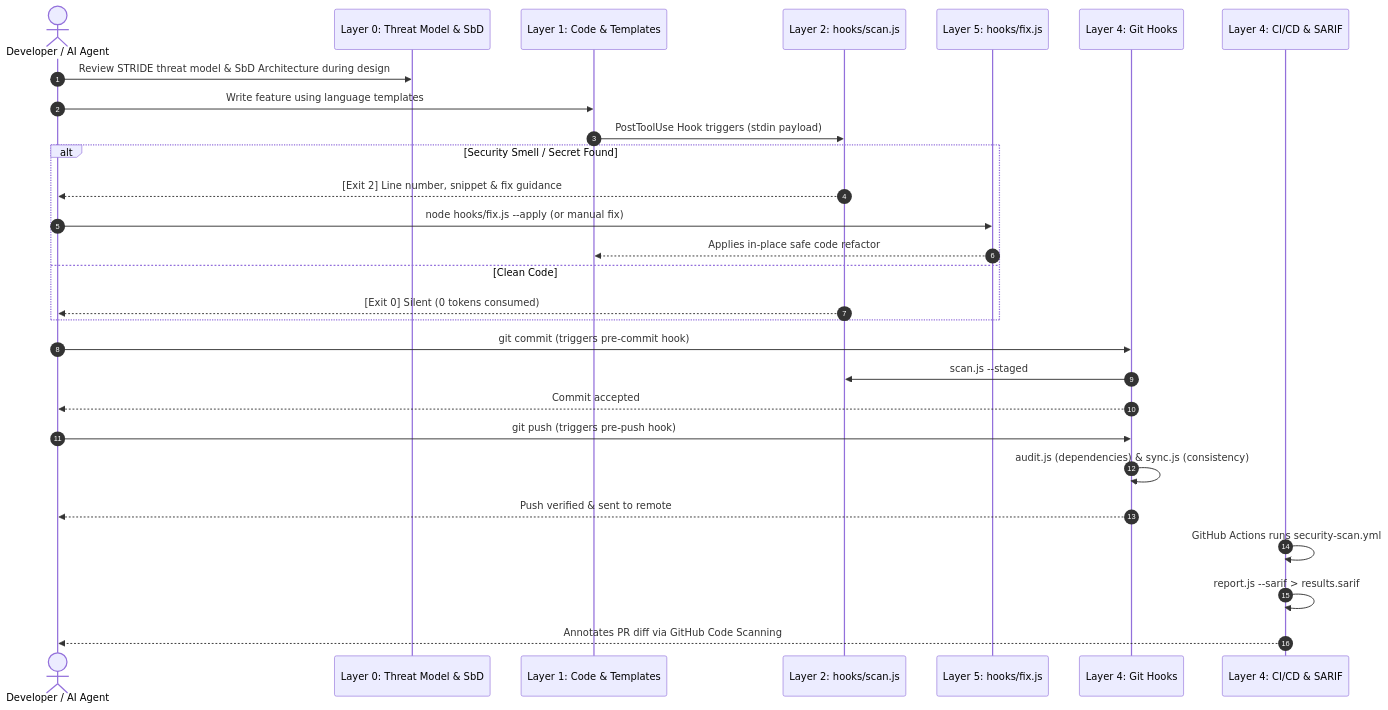
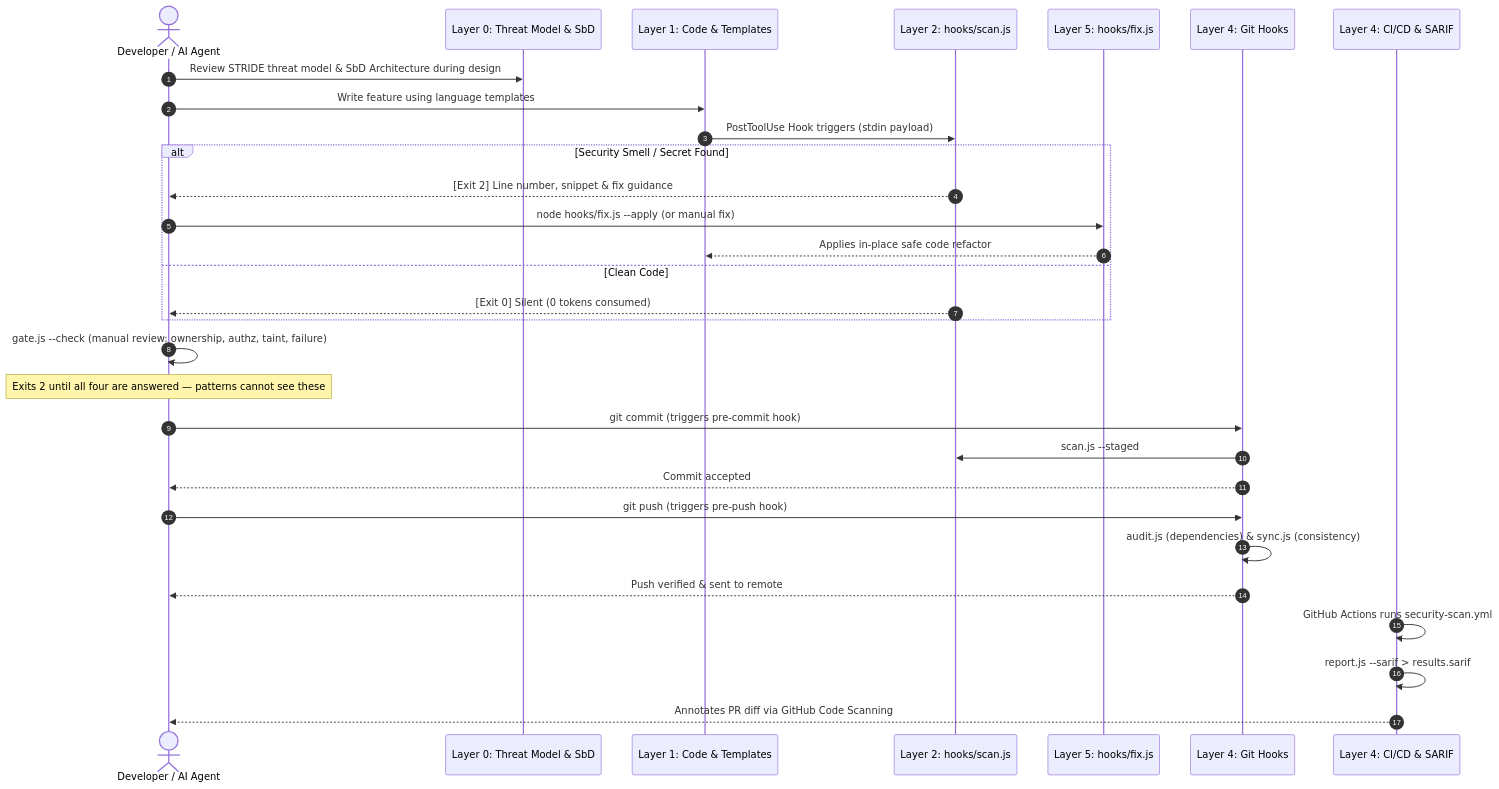
The second of 2 diagrams in README.md (nnguyensky/secure-coding), drawn with Mermaid before and after one commit. The commit also changed other lines of this file, not shown here.

First line of the commit message:
Update README for the Done Gate, A09 rules and dynamic-testing guide

````diff
--- a/README.md
+++ b/README.md
@@ -123,34 +123,37 @@
 ```mermaid
 sequenceDiagram
     autonumber
     actor Dev as Developer / AI Agent
     participant Plan as Layer 0: Threat Model & SbD
     participant Code as Layer 1: Code & Templates
     participant Scan as Layer 2: hooks/scan.js
     participant Fix as Layer 5: hooks/fix.js
     participant Git as Layer 4: Git Hooks
     participant CI as Layer 4: CI/CD & SARIF
 
     Dev->>Plan: Review STRIDE threat model & SbD Architecture during design
     Dev->>Code: Write feature using language templates
     Code->>Scan: PostToolUse Hook triggers (stdin payload)
     alt Security Smell / Secret Found
         Scan-->>Dev: [Exit 2] Line number, snippet & fix guidance
         Dev->>Fix: node hooks/fix.js --apply (or manual fix)
         Fix-->>Code: Applies in-place safe code refactor
     else Clean Code
         Scan-->>Dev: [Exit 0] Silent (0 tokens consumed)
     end
 
+    Dev->>Dev: gate.js --check (manual review: ownership, authz, taint, failure)
+    Note over Dev: Exits 2 until all four are answered — patterns cannot see these
+
     Dev->>Git: git commit (triggers pre-commit hook)
     Git->>Scan: scan.js --staged
     Git-->>Dev: Commit accepted
 
     Dev->>Git: git push (triggers pre-push hook)
     Git->>Git: audit.js (dependencies) & sync.js (consistency)
     Git-->>Dev: Push verified & sent to remote
 
     CI->>CI: GitHub Actions runs security-scan.yml
     CI->>CI: report.js --sarif > results.sarif
     CI-->>Dev: Annotates PR diff via GitHub Code Scanning
 ```
````
